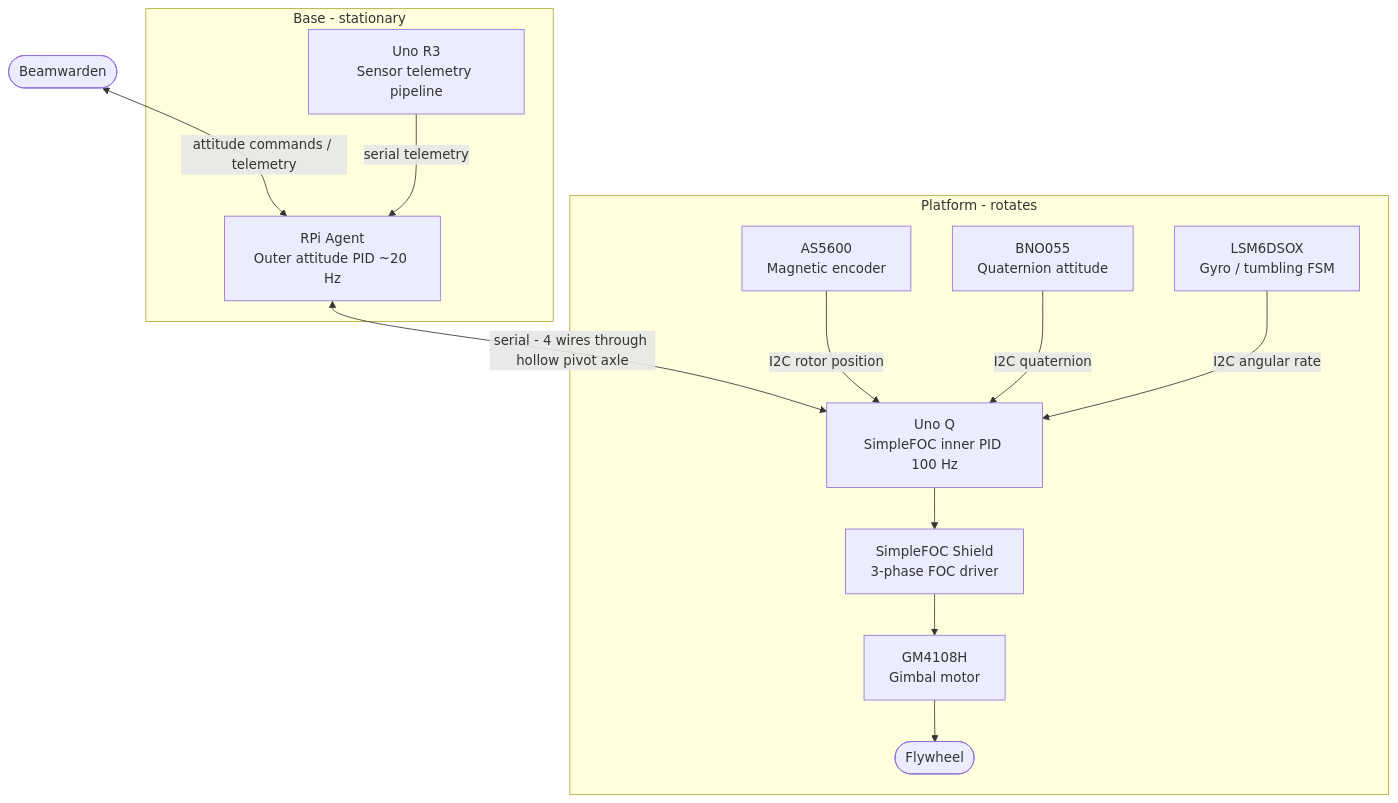
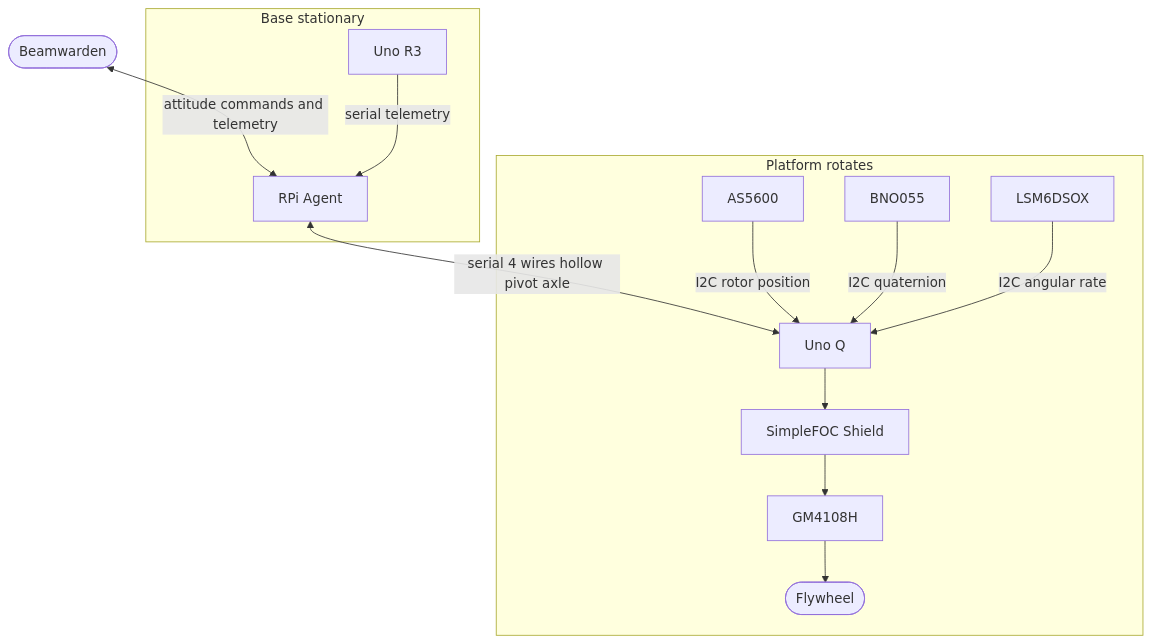
The diagram in docs/adcs-build.md (beamwarden/satlab), drawn with Mermaid before and after one commit.

Commit message:
docs(adcs-build): fix mermaid diagram syntax for v9 compatibility
Switch to graph TD with plain labels; remove br tags, backslash-n escapes,
and special characters that caused parse failures across mermaid versions.

````diff
--- a/docs/adcs-build.md
+++ b/docs/adcs-build.md
@@ -92,27 +92,27 @@
 ```mermaid
 graph TD
     BW([Beamwarden])
 
-    subgraph BASE[Base - stationary]
-        RPI[RPi Agent<br/>Outer attitude PID ~20 Hz]
-        R3[Uno R3<br/>Sensor telemetry pipeline]
+    subgraph BASE [Base stationary]
+        RPI[RPi Agent]
+        R3[Uno R3]
     end
 
-    subgraph PLAT[Platform - rotates]
-        AS[AS5600<br/>Magnetic encoder]
-        BN[BNO055<br/>Quaternion attitude]
-        LS[LSM6DSOX<br/>Gyro / tumbling FSM]
-        UQ[Uno Q<br/>SimpleFOC inner PID 100 Hz]
-        SF[SimpleFOC Shield<br/>3-phase FOC driver]
-        GM[GM4108H<br/>Gimbal motor]
+    subgraph PLAT [Platform rotates]
+        AS[AS5600]
+        BN[BNO055]
+        LS[LSM6DSOX]
+        UQ[Uno Q]
+        SF[SimpleFOC Shield]
+        GM[GM4108H]
         FW([Flywheel])
     end
 
-    BW <-->|attitude commands / telemetry| RPI
-    RPI <-->|serial - 4 wires through hollow pivot axle| UQ
+    BW <-->|attitude commands and telemetry| RPI
+    RPI <-->|serial 4 wires hollow pivot axle| UQ
     R3 -->|serial telemetry| RPI
     AS -->|I2C rotor position| UQ
     BN -->|I2C quaternion| UQ
     LS -->|I2C angular rate| UQ
     UQ --> SF --> GM --> FW
 ```
````
